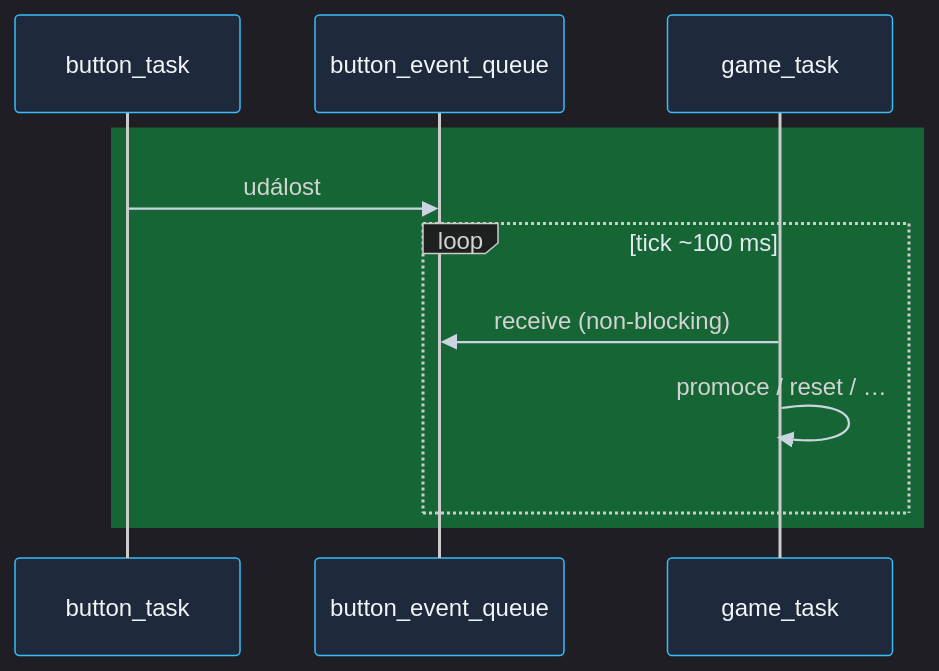
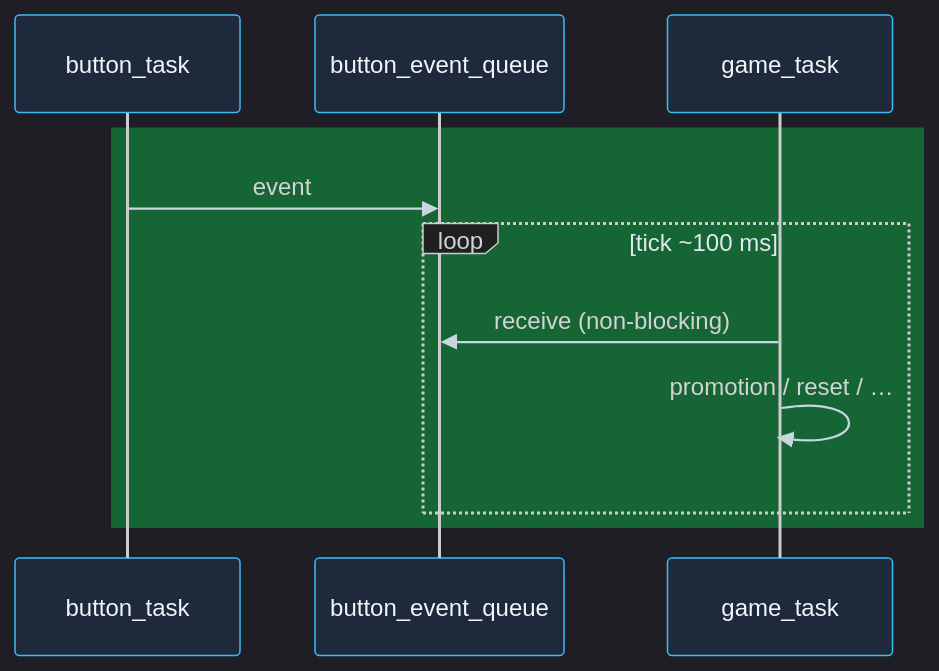
Before and after one commit to AlfredKrutina/chess_esp32_c6_devkit: the fourth of 6 diagrams in docs/diagrams/README.md, drawn with Mermaid. The commit also changed other lines of this file and 372 other files, not shown here.

````diff
--- a/docs/diagrams/README.md
+++ b/docs/diagrams/README.md
@@ -159,14 +159,14 @@
 ```mermaid
 %%{init: {'theme':'dark','themeVariables':{'actorBkg':'#1e293b','actorBorder':'#38bdf8','actorTextColor':'#f1f5f9','signalColor':'#cbd5e1','loopTextColor':'#e2e8f0'}}}%%
 sequenceDiagram
   rect rgb(22, 101, 52)
     participant BT as button_task
     participant BQ as button_event_queue
     participant GT as game_task
-    BT->>BQ: událost
+    BT->>BQ: event
     loop tick ~100 ms
       GT->>BQ: receive (non-blocking)
-      GT->>GT: promoce / reset / …
+      GT->>GT: promotion / reset / …
     end
   end
 ```
````
